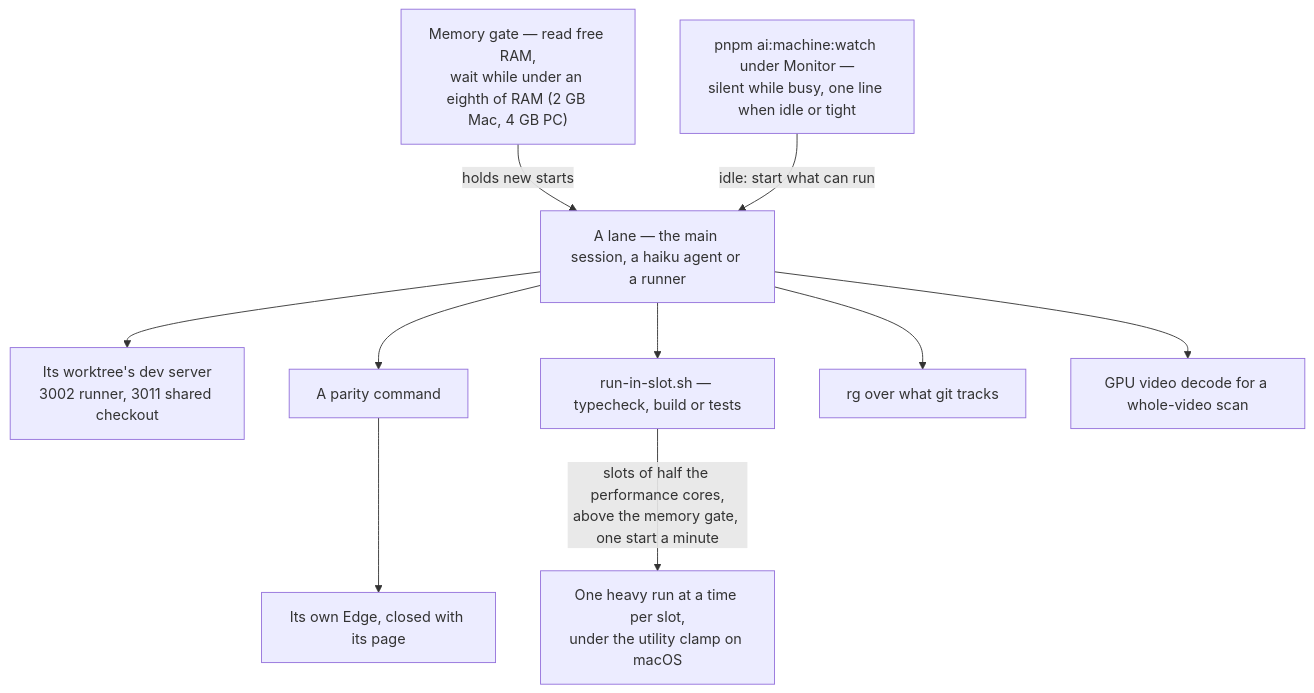
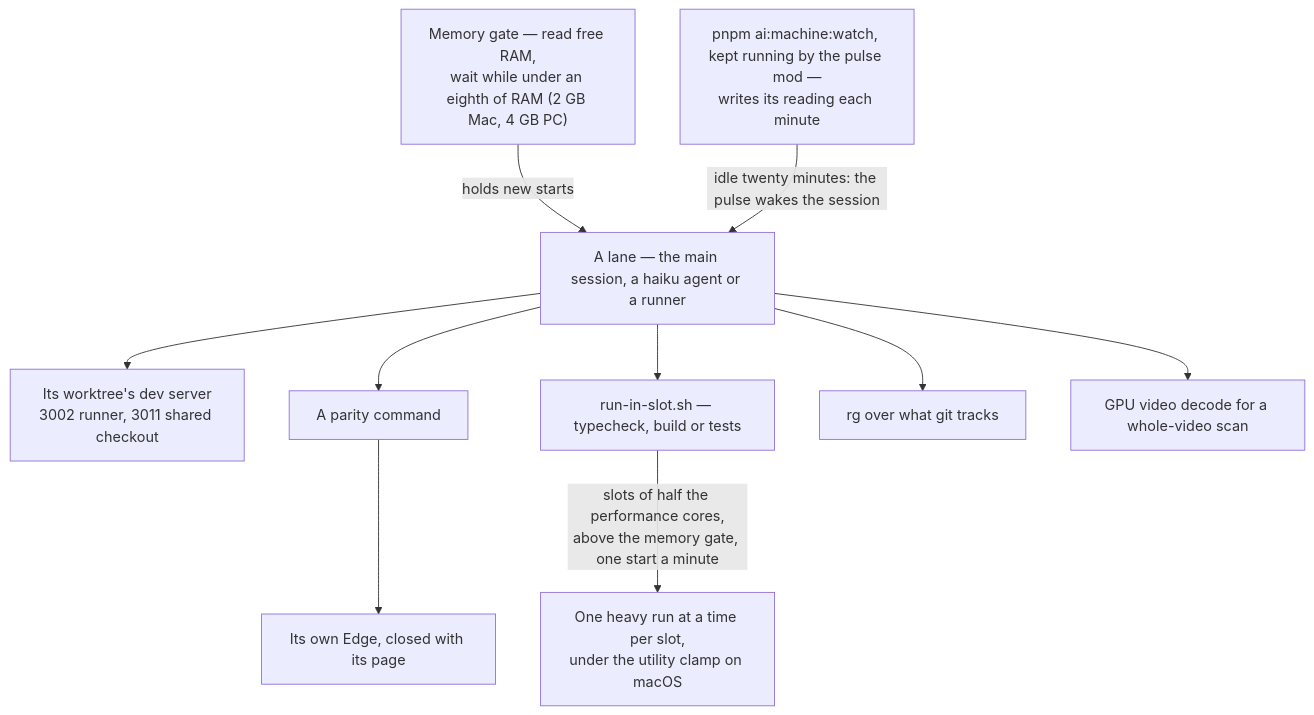
The diagram in apps/web/content/docs/architecture/machine-efficiency.md (Esposter/Esposter), drawn with Mermaid before and after one commit. The commit also changed other lines of this file and 24 other files, not shown here.

First line of the commit message:
feat(genshin-mods): a pulse mod keeps the machine watcher running and wakes an idle session with the next fleet work

````diff
--- a/apps/web/content/docs/architecture/machine-efficiency.md
+++ b/apps/web/content/docs/architecture/machine-efficiency.md
@@ -20,12 +20,12 @@
 ```mermaid
 flowchart TD
   G["Memory gate — read free RAM,<br/>wait while under an eighth of RAM (2 GB Mac, 4 GB PC)"] -->|"holds new starts"| L
-  W["pnpm ai:machine:watch under Monitor —<br/>silent while busy, one line when idle or tight"] -->|"idle: start what can run"| L
+  W["pnpm ai:machine:watch, kept running by the pulse mod —<br/>writes its reading each minute"] -->|"idle twenty minutes: the pulse wakes the session"| L
   L["A lane — the main session, a haiku agent or a runner"] --> DS["Its worktree's dev server<br/>3002 runner, 3011 shared checkout"]
   L --> CMD["A parity command"]
   CMD --> EDGE["Its own Edge, closed with its page"]
   L --> SLOT["run-in-slot.sh — typecheck, build or tests"]
   SLOT -->|"slots of half the performance cores,<br/>above the memory gate, one start a minute"| RUN["One heavy run at a time per slot,<br/>under the utility clamp on macOS"]
   L --> SEARCH["rg over what git tracks"]
   L --> VIDEO["GPU video decode for a whole-video scan"]
 ```
````
